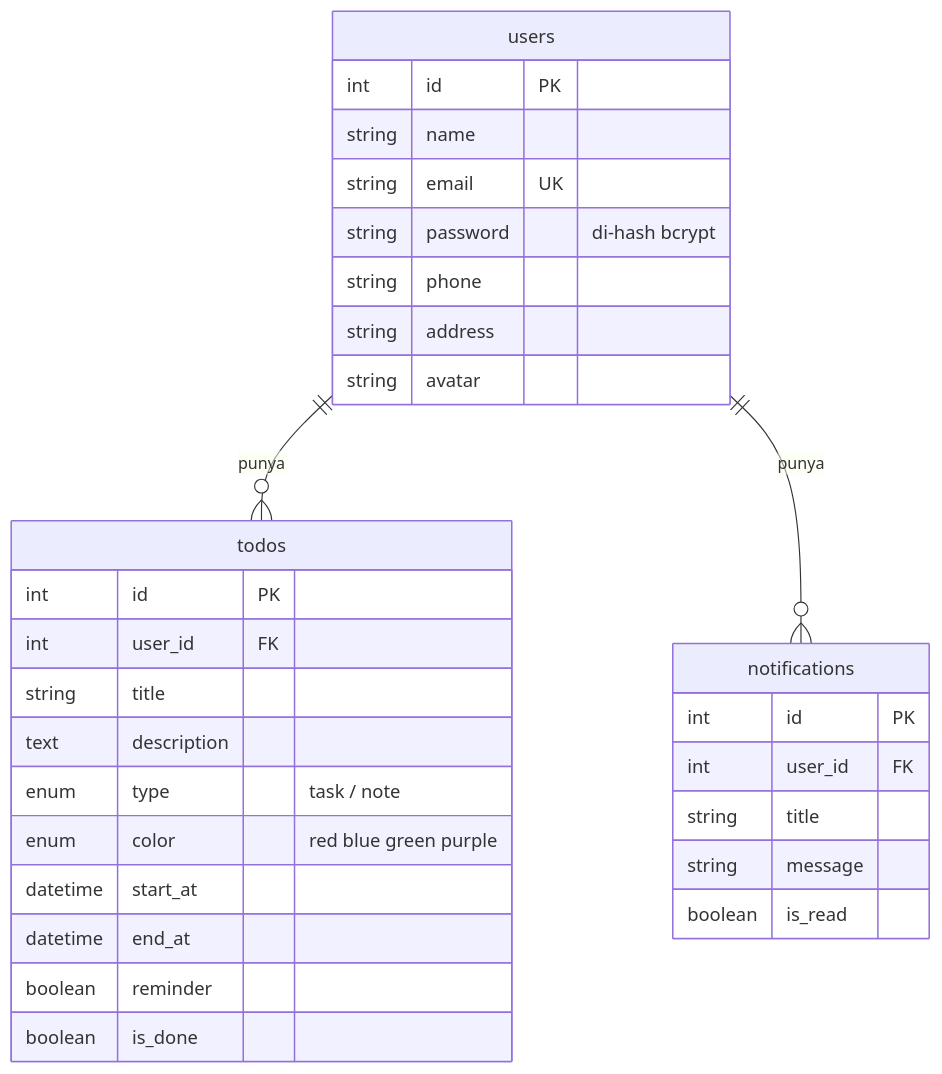
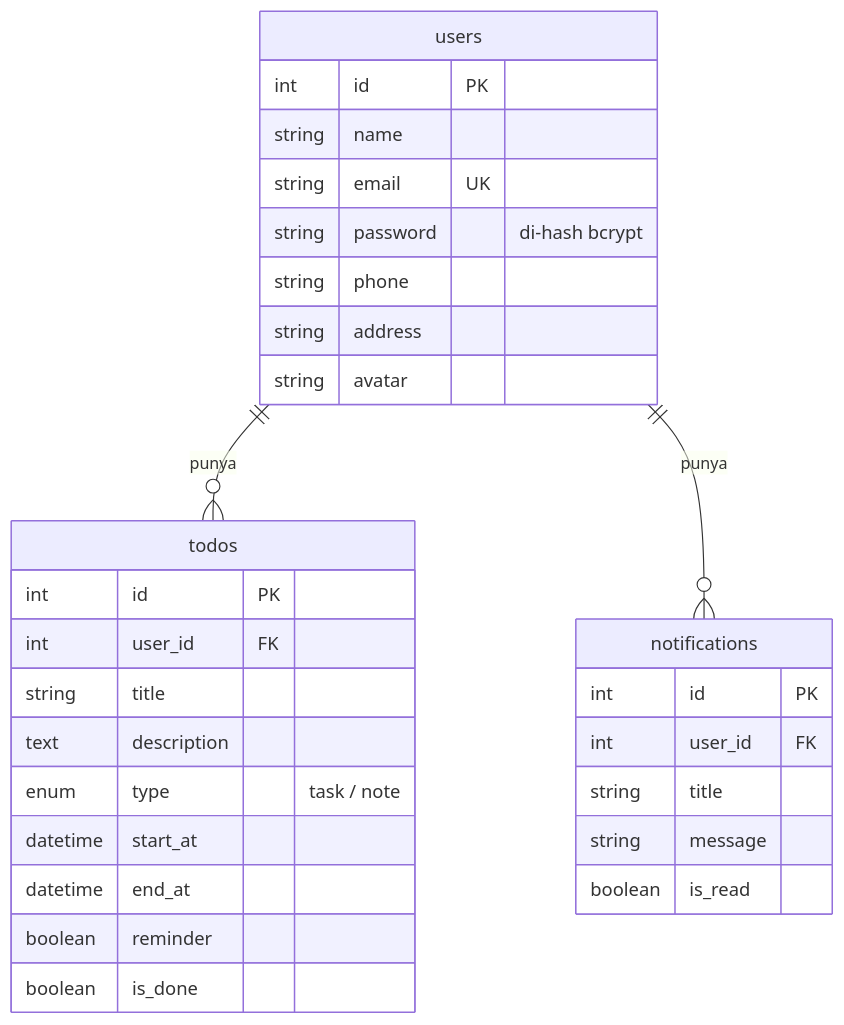
The diagram in README.md (DivadanAr/todo-api), drawn with Mermaid before and after one commit. The commit also changed other lines of this file and 4 other files, not shown here.

````diff
--- a/README.md
+++ b/README.md
@@ -223,34 +222,33 @@
 ```mermaid
 erDiagram
     users ||--o{ todos : "punya"
     users ||--o{ notifications : "punya"
 
     users {
         int id PK
         string name
         string email UK
         string password "di-hash bcrypt"
         string phone
         string address
         string avatar
     }
     todos {
         int id PK
         int user_id FK
         string title
         text description
         enum type "task / note"
-        enum color "red blue green purple"
         datetime start_at
         datetime end_at
         boolean reminder
         boolean is_done
     }
     notifications {
         int id PK
         int user_id FK
         string title
         string message
         boolean is_read
     }
 ```
````
